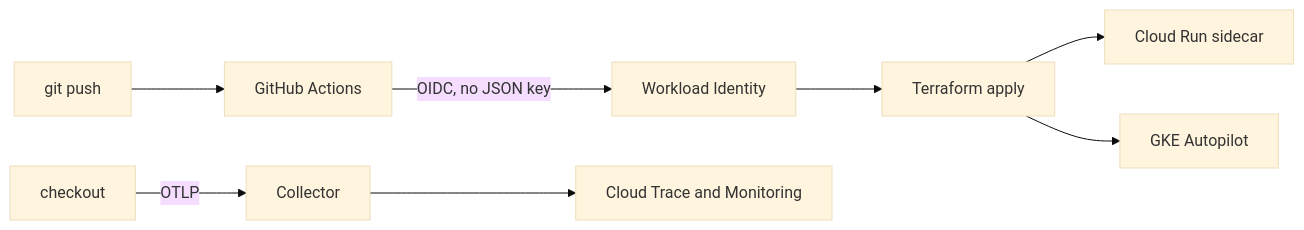
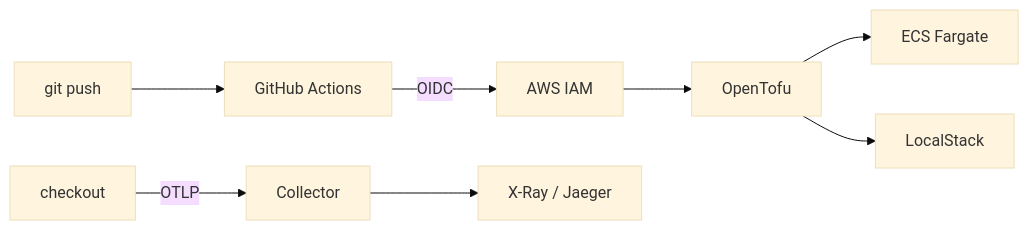
One commit to Riuchek/go-golden-path changed the diagram in README.md. Above: the diagram before and after it, drawn with Mermaid (base theme). The commit also changed other lines of this file and 108 other files, not shown here.

First line of the commit message:
Make the golden path provider-agnostic with OpenTofu.

````diff
--- a/README.md
+++ b/README.md
@@ -7,10 +11,10 @@
 ```mermaid
 flowchart LR
   push[git push] --> gha[GitHub Actions]
-  gha -->|OIDC, no JSON key| wif[Workload Identity]
-  wif --> tf[Terraform apply]
-  tf --> cr[Cloud Run sidecar]
-  tf --> gke[GKE Autopilot]
+  gha -->|OIDC| aws[AWS IAM]
+  aws --> tofu[OpenTofu]
+  tofu --> ecs[ECS Fargate]
+  tofu --> ls[LocalStack]
   app[checkout] -->|OTLP| col[Collector]
-  col --> gcp[Cloud Trace and Monitoring]
+  col --> backend[X-Ray / Jaeger]
 ```
````
